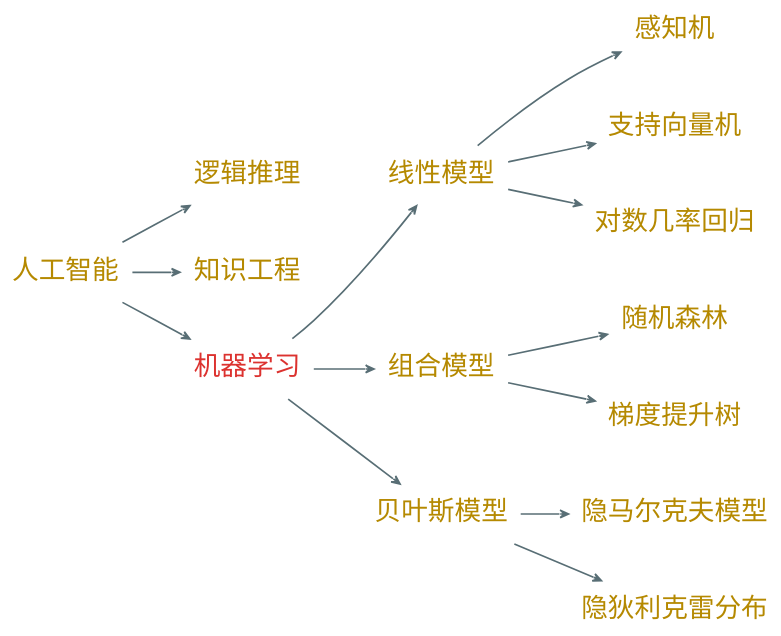
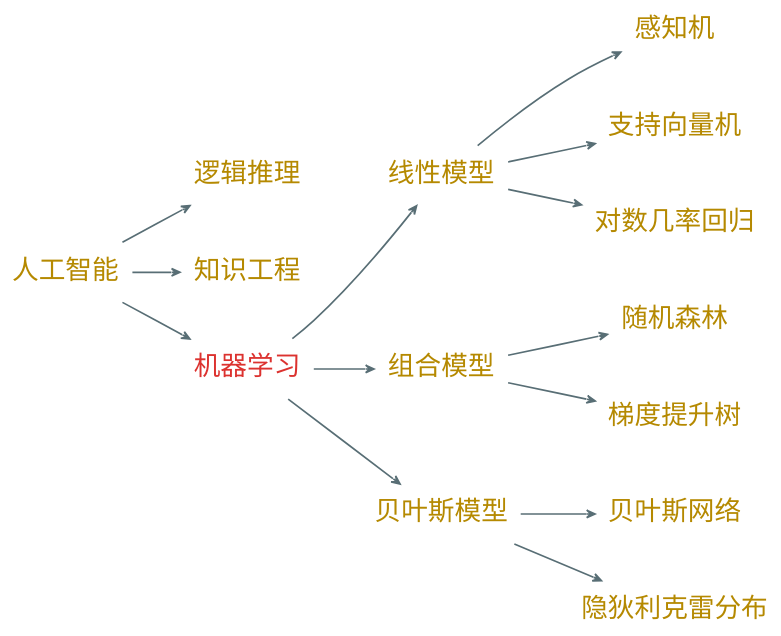
One commit to Avanti1980/presentation changed the diagram in dot/outline.dot. Above: the diagram before and after it, drawn with Graphviz. The commit also changed 5 other files, not shown here.

```diff
--- a/dot/outline.dot
+++ b/dot/outline.dot
@@ -1,23 +1,23 @@
 digraph g {
     graph [nodesep=0.3, ranksep=0.4]
     rankdir=LR
     node [shape=plaintext fontname="EBG,LXGW" fontcolor="#b58900" fontsize=16]
     edge [arrowhead=vee fontname="EBG,LXGW" color="#586e75" fontcolor="#268bd2" fontsize=12 arrowsize=0.5]
     bgcolor="transparent"
 
     人工智能 -> {逻辑推理, 知识工程}
 
     node [fontcolor="#dc322f"]
 
     人工智能 -> 机器学习
 
     node [fontcolor="#b58900"]
 
     机器学习 -> {线性模型, 组合模型, 贝叶斯模型}
 
     线性模型 -> {感知机, 支持向量机, 对数几率回归}
 
     组合模型 -> {随机森林, 梯度提升树}
 
-    贝叶斯模型 -> {隐马尔克夫模型, 隐狄利克雷分布}
+    贝叶斯模型 -> {贝叶斯网络, 隐狄利克雷分布}
 }
```
